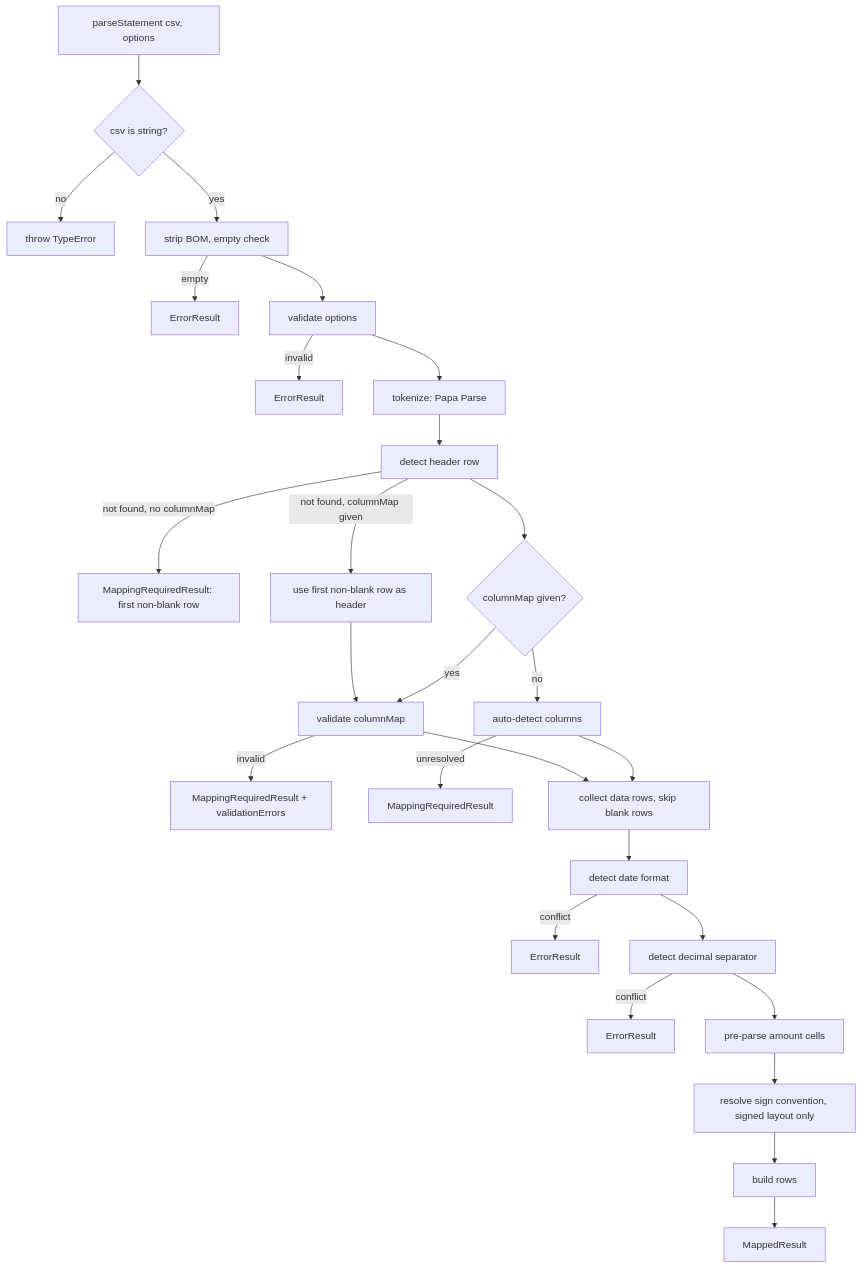
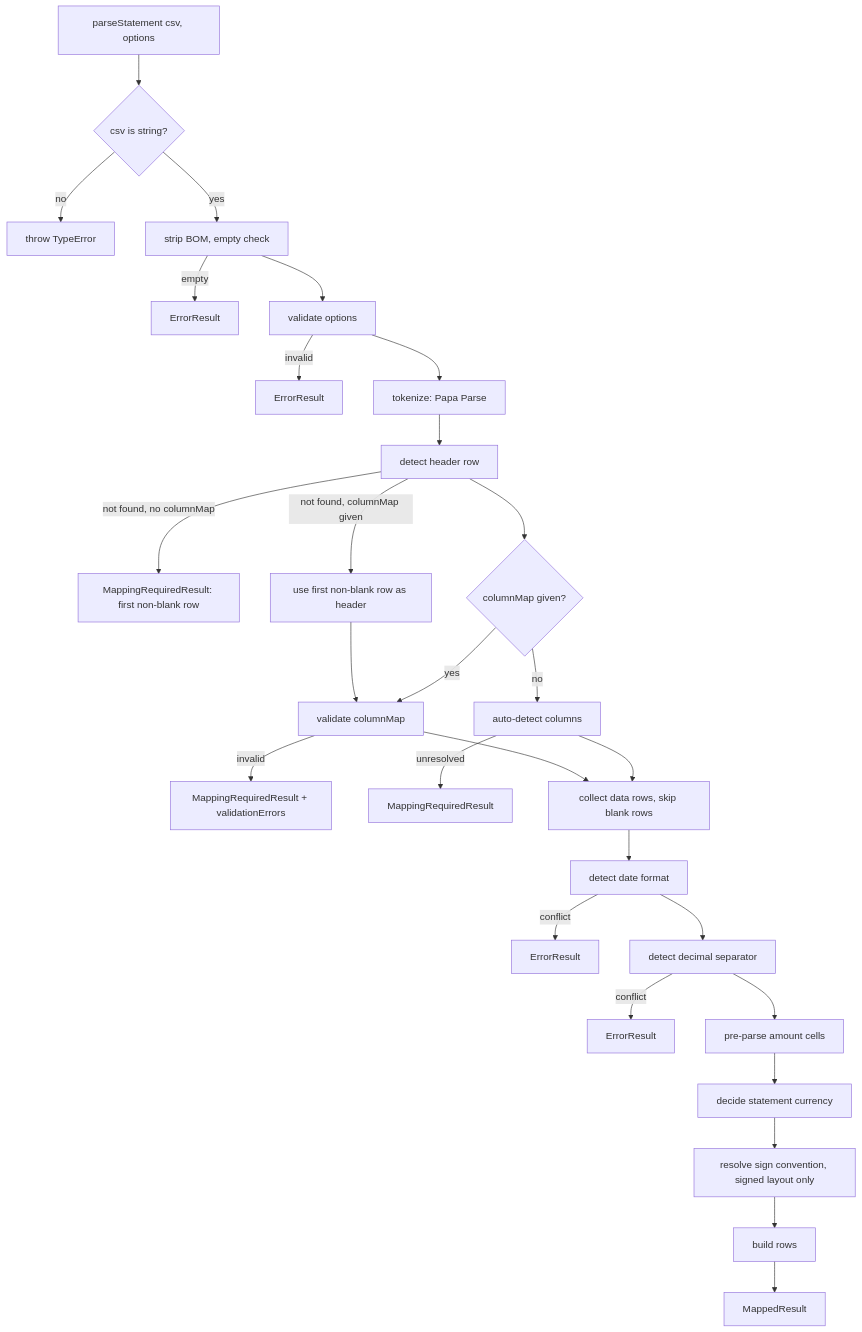
The diagram in .kiro/specs/statement-parser/design.md (zaxcoraider/zombills), drawn with Mermaid before and after one commit. The commit also changed other lines of this file and 48 other files, not shown here.

First line of the commit message:
feat(core): currency inference, Node ESM build, privacy checks and sample fixtures; statement-parser spec complete (tasks 14A, 14B, 15-17)

````diff
--- a/.kiro/specs/statement-parser/design.md
+++ b/.kiro/specs/statement-parser/design.md
@@ -32,29 +35,30 @@
 ```mermaid
 flowchart TD
     A[parseStatement csv, options] --> B{csv is string?}
     B -- no --> T[throw TypeError]
     B -- yes --> C[strip BOM, empty check]
     C -- empty --> E1[ErrorResult]
     C --> D[validate options]
     D -- invalid --> E2[ErrorResult]
     D --> F[tokenize: Papa Parse]
     F --> G[detect header row]
     G -- not found, no columnMap --> M1[MappingRequiredResult: first non-blank row]
     G -- not found, columnMap given --> G2[use first non-blank row as header]
     G2 --> I
     G --> H{columnMap given?}
     H -- yes --> I[validate columnMap]
     I -- invalid --> M2[MappingRequiredResult + validationErrors]
     H -- no --> J[auto-detect columns]
     J -- unresolved --> M3[MappingRequiredResult]
     I --> K[collect data rows, skip blank rows]
     J --> K
     K --> L[detect date format]
     L -- conflict --> E3[ErrorResult]
     L --> N[detect decimal separator]
     N -- conflict --> E4[ErrorResult]
     N --> O[pre-parse amount cells]
-    O --> P[resolve sign convention, signed layout only]
+    O --> O2[decide statement currency]
+    O2 --> P[resolve sign convention, signed layout only]
     P --> Q[build rows]
     Q --> R[MappedResult]
 ```
````
